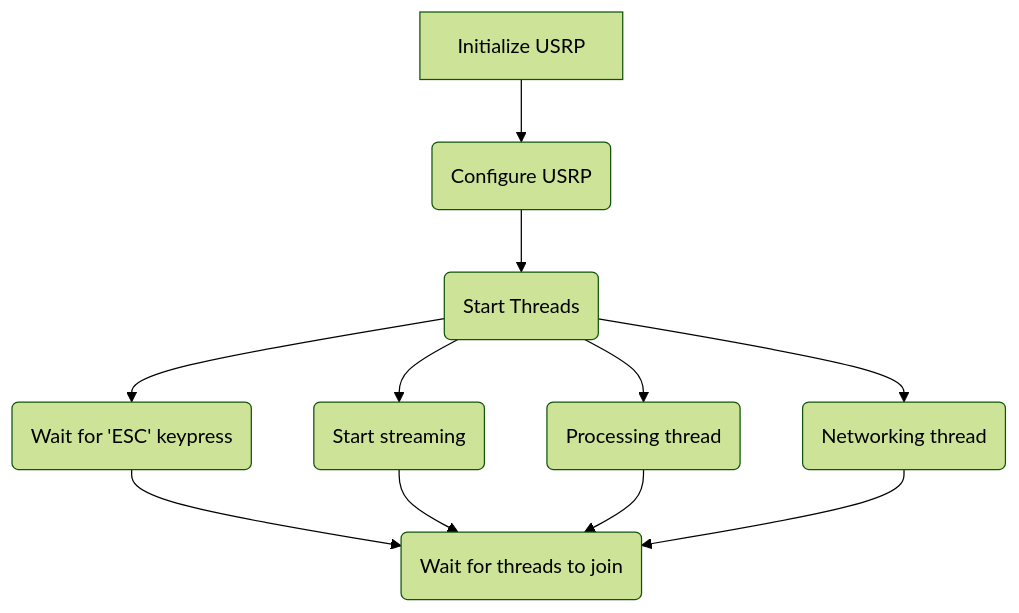
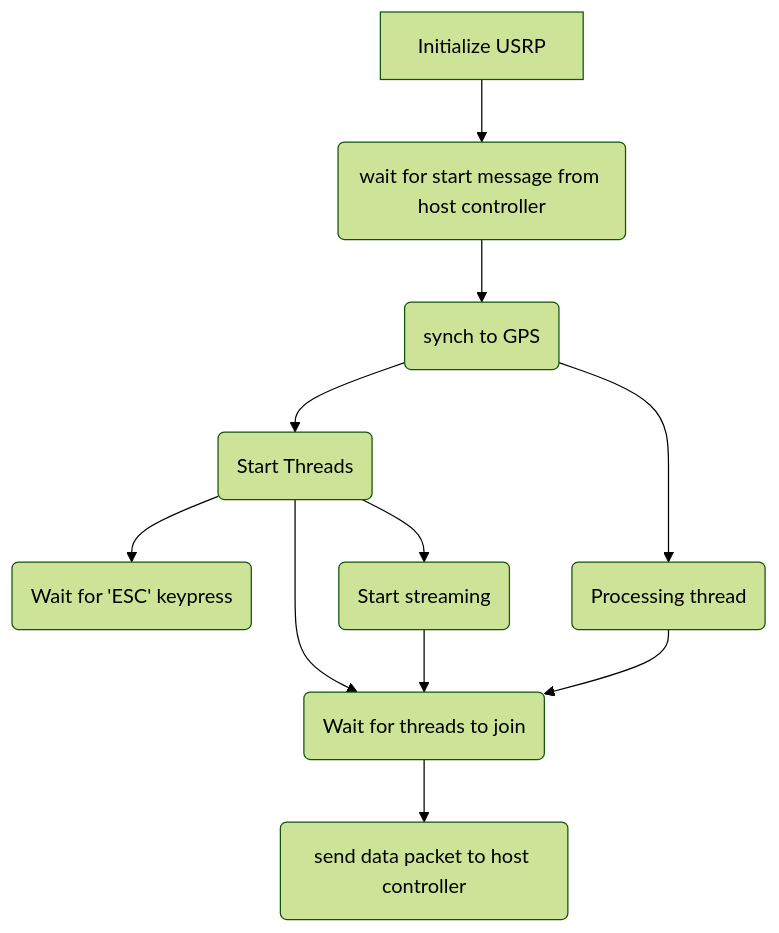
The diagram in dsp/src/README.md (joey-public/WES207CapstoneProject), drawn with Mermaid (forest theme) before and after one commit.

````diff
--- a/dsp/src/README.md
+++ b/dsp/src/README.md
@@ -18,13 +18,13 @@
 ```mermaid
 graph TD
-A[Initialize USRP] --> B(Configure USRP)
-B --> C(Start Threads)
-C --> D(Wait for 'ESC' keypress)
-C --> G(Start streaming)
+A[Initialize USRP] --> B(wait for start message from host controller)
+B --> C(synch to GPS)
+C --> D(Start Threads)
+D --> E(Wait for 'ESC' keypress)
+D --> G(Start streaming)
 C --> H(Processing thread)
-C --> I(Networking thread)
-D --> J(Wait for threads to join)
-G --> J
-H --> J
-I --> J
+D --> I(Wait for threads to join)
+G --> I
+H --> I
+I --> J(send data packet to host controller)
 ```
````
